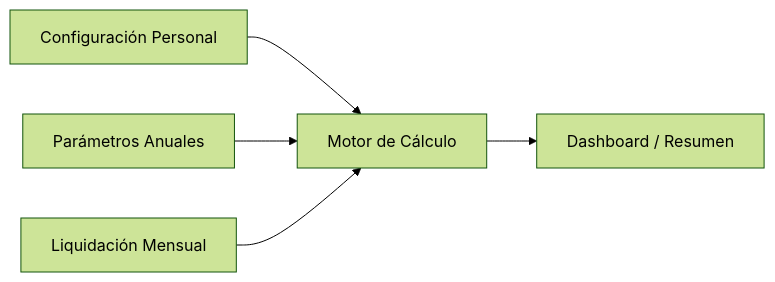
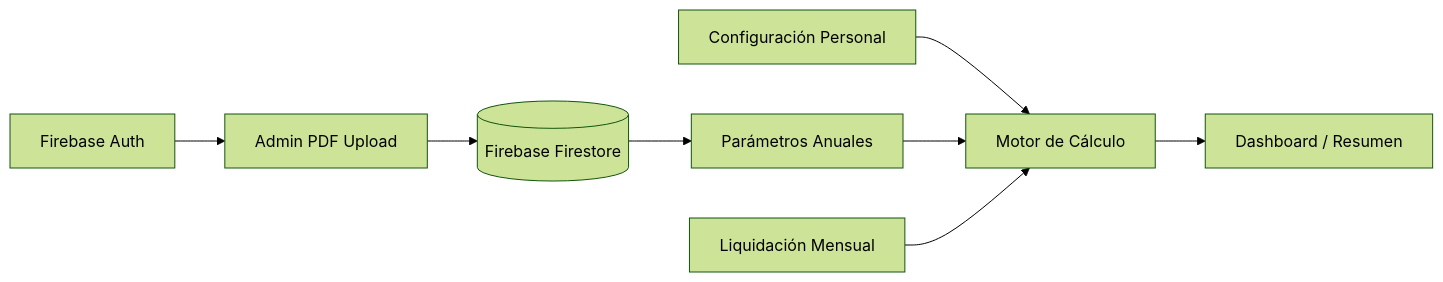
Before and after one commit to cyanez-git/Ganancias_4ta_categoria: the diagram in docs/arquitectura.md, drawn with Mermaid (forest theme). The commit also changed other lines of this file and 2 other files, not shown here.

First line of the commit message:
docs: documentar implementacion Firebase para parametros fiscales AFIP

````diff
--- a/docs/arquitectura.md
+++ b/docs/arquitectura.md
@@ -7,7 +7,10 @@
 ```mermaid
 graph LR
     A[Configuración Personal] --> D[Motor de Cálculo]
     B[Parámetros Anuales] --> D
     C[Liquidación Mensual] --> D
     D --> E[Dashboard / Resumen]
+    F[(Firebase Firestore)] --> B
+    G[Admin PDF Upload] --> F
+    H[Firebase Auth] --> G
 ```
````
